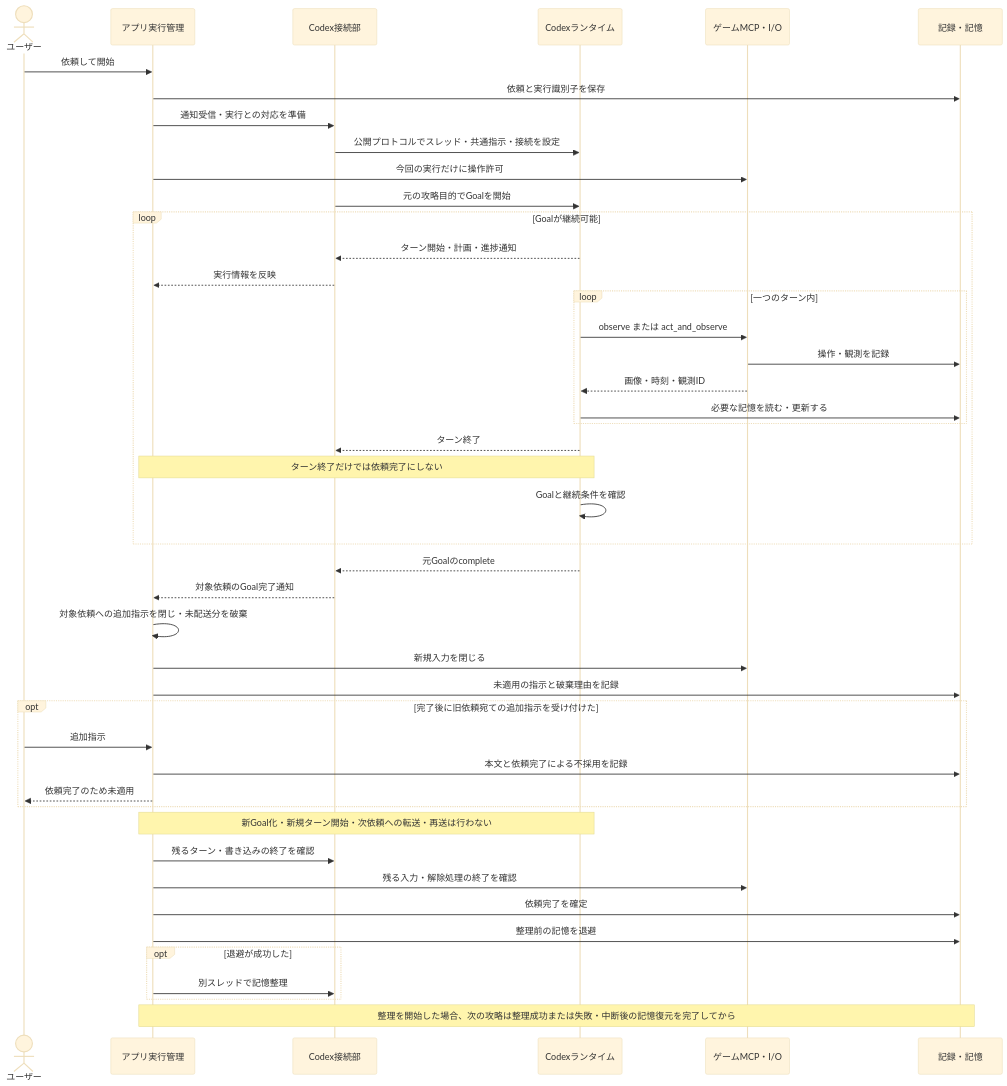
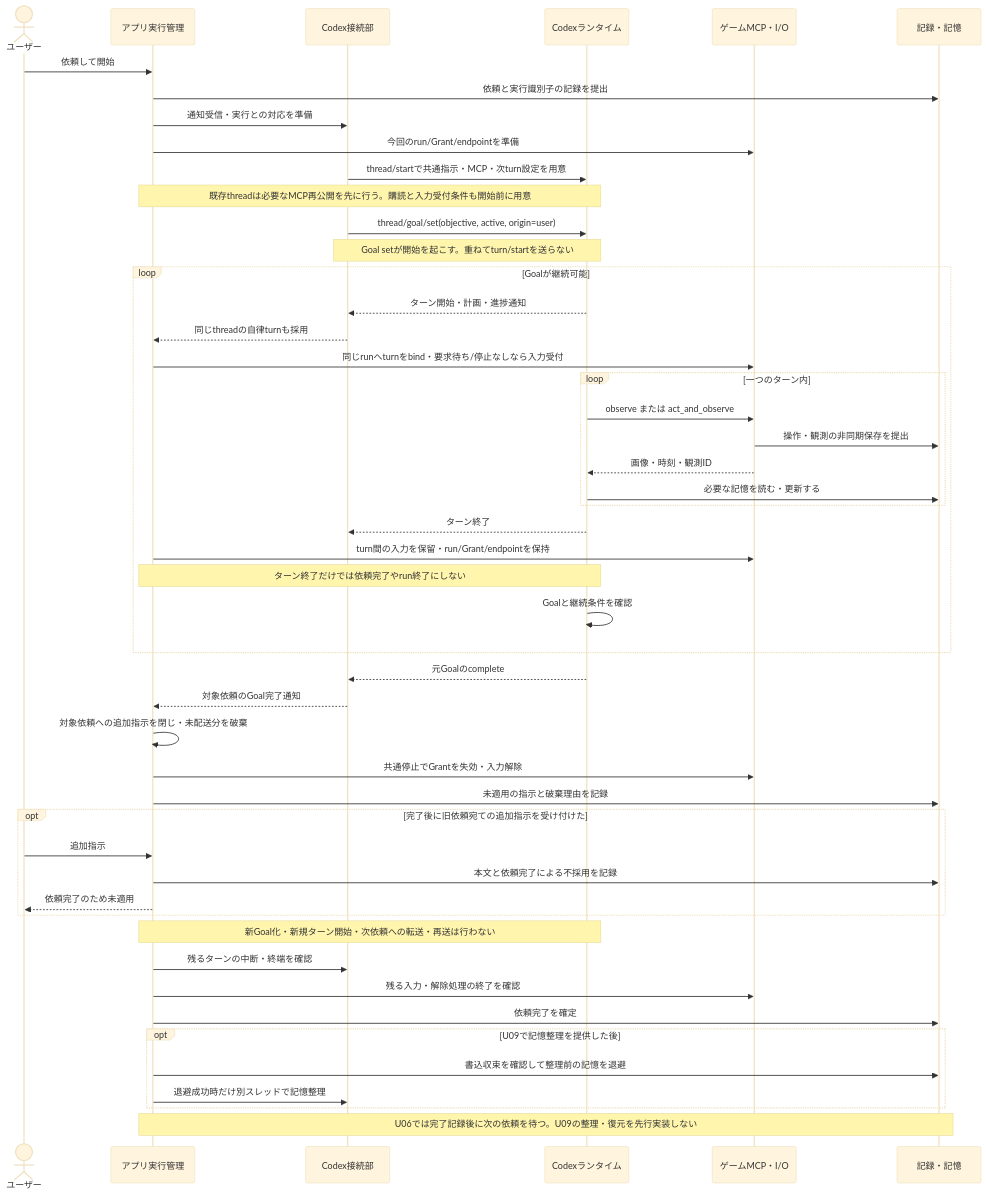
The second of 8 diagrams in spec/initial/09-control-flows.md (niart120/Project_Gigas), drawn with Mermaid (base theme) before and after one commit. The commit also changed other lines of this file and 25 other files, not shown here.

````diff
--- a/spec/initial/09-control-flows.md
+++ b/spec/initial/09-control-flows.md
@@ -68,47 +68,51 @@
 ```mermaid
 sequenceDiagram
     actor U as ユーザー
     participant A as アプリ実行管理
     participant C as Codex接続部
     participant R as Codexランタイム
     participant G as ゲームMCP・I/O
     participant D as 記録・記憶
     U->>A: 依頼して開始
-    A->>D: 依頼と実行識別子を保存
+    A->>D: 依頼と実行識別子の記録を提出
     A->>C: 通知受信・実行との対応を準備
-    C->>R: 公開プロトコルでスレッド・共通指示・接続を設定
-    A->>G: 今回の実行だけに操作許可
-    C->>R: 元の攻略目的でGoalを開始
+    A->>G: 今回のrun/Grant/endpointを準備
+    C->>R: thread/startで共通指示・MCP・次turn設定を用意
+    Note over A,R: 既存threadは必要なMCP再公開を先に行う。購読と入力受付条件も開始前に用意
+    C->>R: thread/goal/set(objective, active, origin=user)
+    Note over C,R: Goal setが開始を起こす。重ねてturn/startを送らない
     loop Goalが継続可能
         R-->>C: ターン開始・計画・進捗通知
-        C-->>A: 実行情報を反映
+        C-->>A: 同じthreadの自律turnも採用
+        A->>G: 同じrunへturnをbind・要求待ち/停止なしなら入力受付
         loop 一つのターン内
             R->>G: observe または act_and_observe
-            G->>D: 操作・観測を記録
+            G->>D: 操作・観測の非同期保存を提出
             G-->>R: 画像・時刻・観測ID
             R->>D: 必要な記憶を読む・更新する
         end
         R-->>C: ターン終了
-        Note over A,R: ターン終了だけでは依頼完了にしない
+        A->>G: turn間の入力を保留・run/Grant/endpointを保持
+        Note over A,R: ターン終了だけでは依頼完了やrun終了にしない
         R->>R: Goalと継続条件を確認
     end
     R-->>C: 元Goalのcomplete
     C-->>A: 対象依頼のGoal完了通知
     A->>A: 対象依頼への追加指示を閉じ・未配送分を破棄
-    A->>G: 新規入力を閉じる
+    A->>G: 共通停止でGrantを失効・入力解除
     A->>D: 未適用の指示と破棄理由を記録
     opt 完了後に旧依頼宛ての追加指示を受け付けた
         U->>A: 追加指示
         A->>D: 本文と依頼完了による不採用を記録
         A-->>U: 依頼完了のため未適用
     end
     Note over A,R: 新Goal化・新規ターン開始・次依頼への転送・再送は行わない
-    A->>C: 残るターン・書き込みの終了を確認
+    A->>C: 残るターンの中断・終端を確認
     A->>G: 残る入力・解除処理の終了を確認
     A->>D: 依頼完了を確定
-    A->>D: 整理前の記憶を退避
-    opt 退避が成功した
-        A->>C: 別スレッドで記憶整理
+    opt U09で記憶整理を提供した後
+        A->>D: 書込収束を確認して整理前の記憶を退避
+        A->>C: 退避成功時だけ別スレッドで記憶整理
     end
-    Note over A,D: 整理を開始した場合、次の攻略は整理成功または失敗・中断後の記憶復元を完了してから
+    Note over A,D: U06では完了記録後に次の依頼を待つ。U09の整理・復元を先行実装しない
 ```
````
